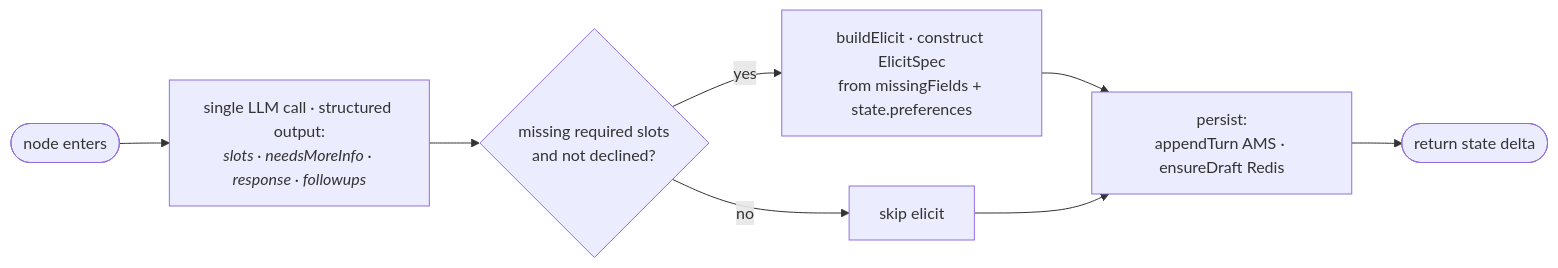
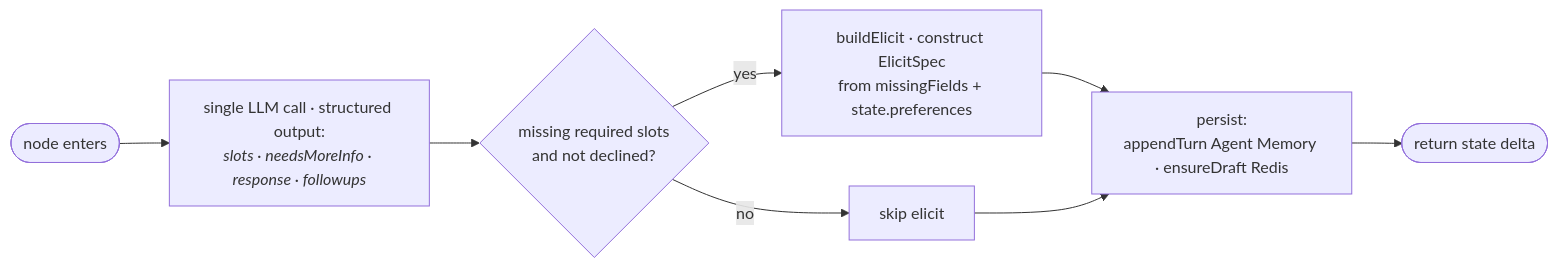
Before and after one commit to booleanhunter/travel-planning-agent-agui-langraph: the third of 3 diagrams in docs/diagrams/flowchart.md, drawn with Mermaid. The commit also changed other lines of this file and 8 other files, not shown here.

First line of the commit message:
docs(diagrams): realign memory to the hosted redis-iris service

````diff
--- a/docs/diagrams/flowchart.md
+++ b/docs/diagrams/flowchart.md
@@ -42,10 +42,10 @@
 ```mermaid
 flowchart LR
       IN([node enters]) --> LLM[single LLM call · structured output:<br/><i>slots · needsMoreInfo · response · followups</i>]
       LLM --> ELI{missing required slots<br/>and not declined?}
       ELI -->|yes| BE[buildElicit · construct ElicitSpec<br/>from missingFields + state.preferences]
       ELI -->|no| SK[skip elicit]
-      BE --> PSV[persist:<br/>appendTurn AMS · ensureDraft Redis]
+      BE --> PSV[persist:<br/>appendTurn Agent Memory · ensureDraft Redis]
       SK --> PSV
       PSV --> OUT([return state delta])
 ```
````
